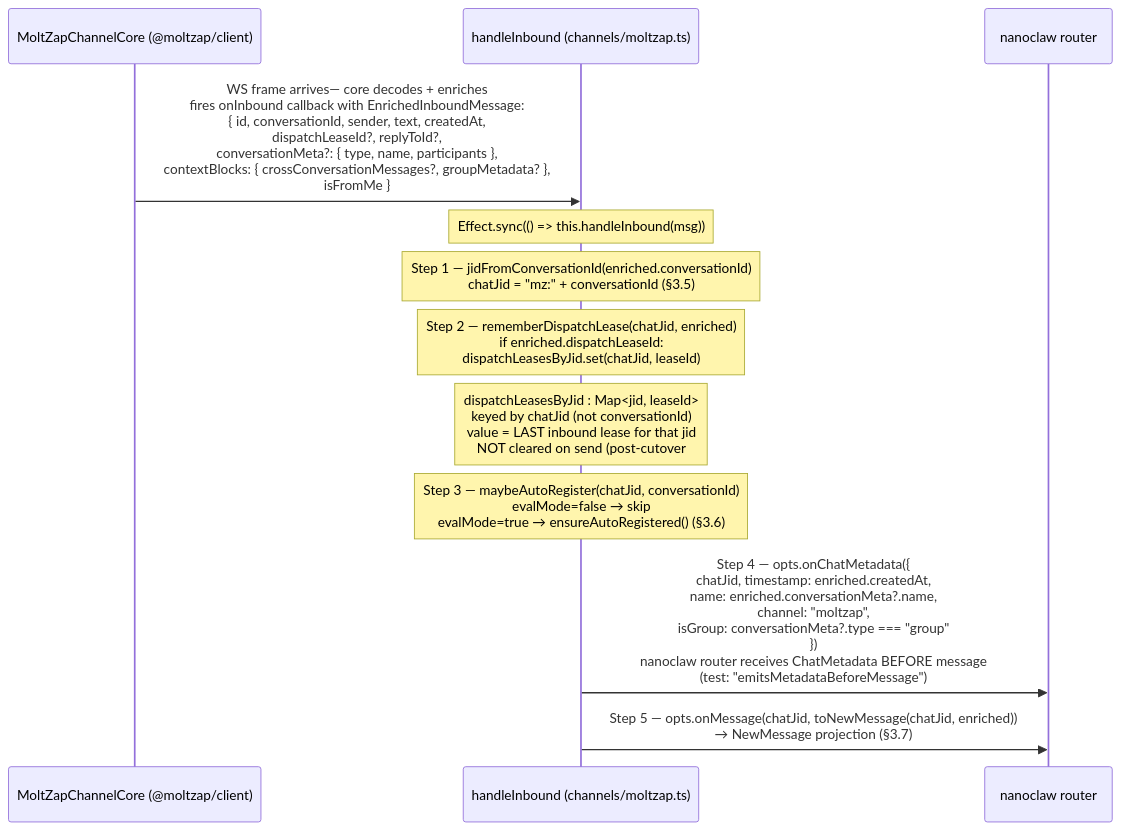
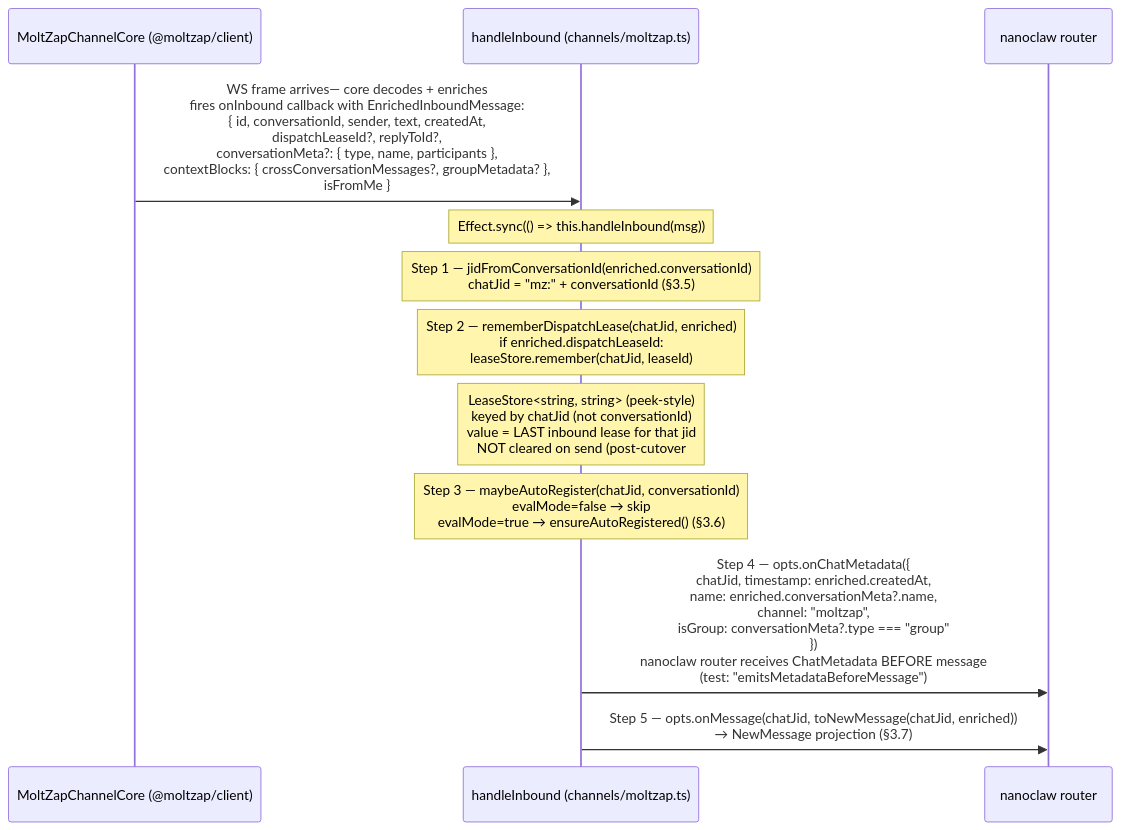
The diagram in packages/nanoclaw-channel/docs/architecture/03-inbound-flow.md (chughtapan/moltzap), drawn with Mermaid before and after one commit. The commit also changed 11 other files, not shown here.

First line of the commit message:
docs(C): update channel architecture docs for channel-base extraction

````diff
--- a/packages/nanoclaw-channel/docs/architecture/03-inbound-flow.md
+++ b/packages/nanoclaw-channel/docs/architecture/03-inbound-flow.md
@@ -11,21 +11,21 @@
 ```mermaid
 sequenceDiagram
     participant Core as MoltZapChannelCore (@moltzap/client)
     participant Handler as handleInbound (channels/moltzap.ts)
     participant Router as nanoclaw router
 
     Core->>Handler: WS frame arrives— core decodes + enriches<br>fires onInbound callback with EnrichedInboundMessage:<br>{ id, conversationId, sender, text, createdAt,<br>  dispatchLeaseId?, replyToId?,<br>  conversationMeta?: { type, name, participants },<br>  contextBlocks: { crossConversationMessages?, groupMetadata? },<br>  isFromMe }
     Note over Handler: Effect.sync(() => this.handleInbound(msg))
 
     Note over Handler: Step 1 — jidFromConversationId(enriched.conversationId)<br>chatJid = "mz:" + conversationId (§3.5)
 
-    Note over Handler: Step 2 — rememberDispatchLease(chatJid, enriched)<br>if enriched.dispatchLeaseId:<br>  dispatchLeasesByJid.set(chatJid, leaseId)
+    Note over Handler: Step 2 — rememberDispatchLease(chatJid, enriched)<br>if enriched.dispatchLeaseId:<br>  leaseStore.remember(chatJid, leaseId)
 
-    Note over Handler: dispatchLeasesByJid : Map<jid, leaseId><br>keyed by chatJid (not conversationId)<br>value = LAST inbound lease for that jid<br>NOT cleared on send (post-cutover #533)
+    Note over Handler: LeaseStore<string, string> (peek-style)<br>keyed by chatJid (not conversationId)<br>value = LAST inbound lease for that jid<br>NOT cleared on send (post-cutover #533)
 
     Note over Handler: Step 3 — maybeAutoRegister(chatJid, conversationId)<br>evalMode=false → skip<br>evalMode=true  → ensureAutoRegistered() (§3.6)
 
     Handler->>Router: Step 4 — opts.onChatMetadata({<br>  chatJid, timestamp: enriched.createdAt,<br>  name: enriched.conversationMeta?.name,<br>  channel: "moltzap",<br>  isGroup: conversationMeta?.type === "group"<br>})<br>nanoclaw router receives ChatMetadata BEFORE message<br>(test: "emitsMetadataBeforeMessage")
 
     Handler->>Router: Step 5 — opts.onMessage(chatJid, toNewMessage(chatJid, enriched))<br>→ NewMessage projection (§3.7)
 ```
````
